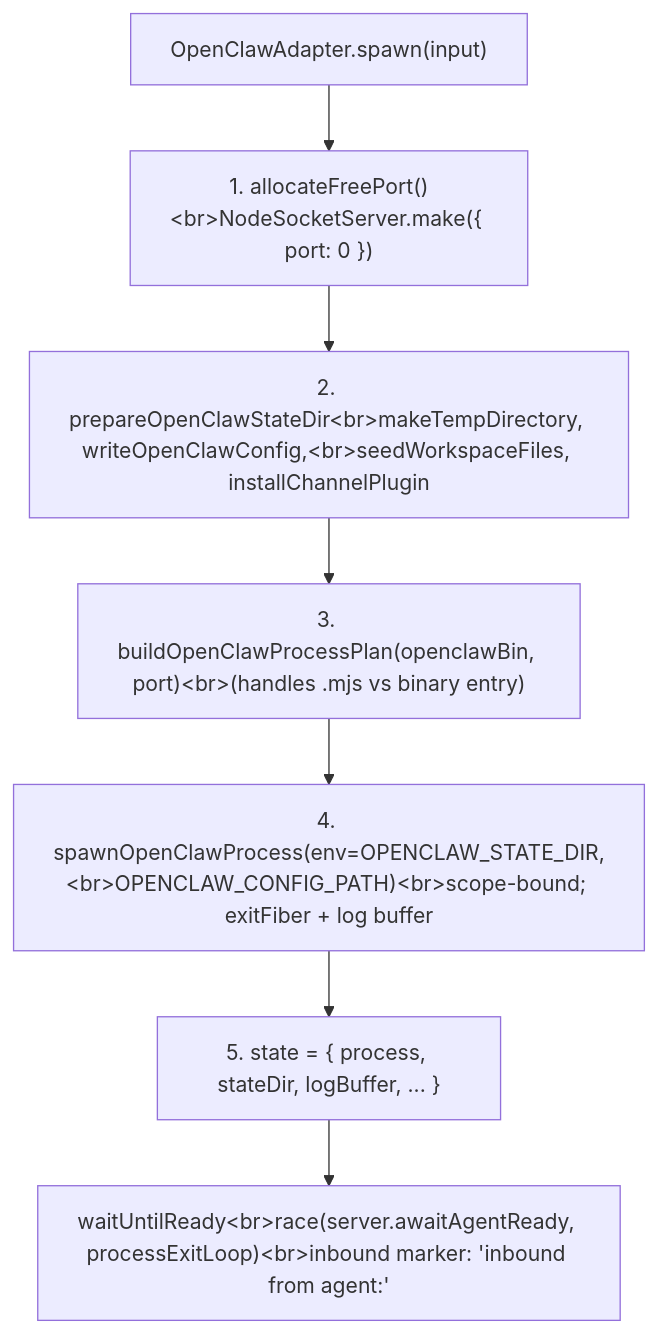
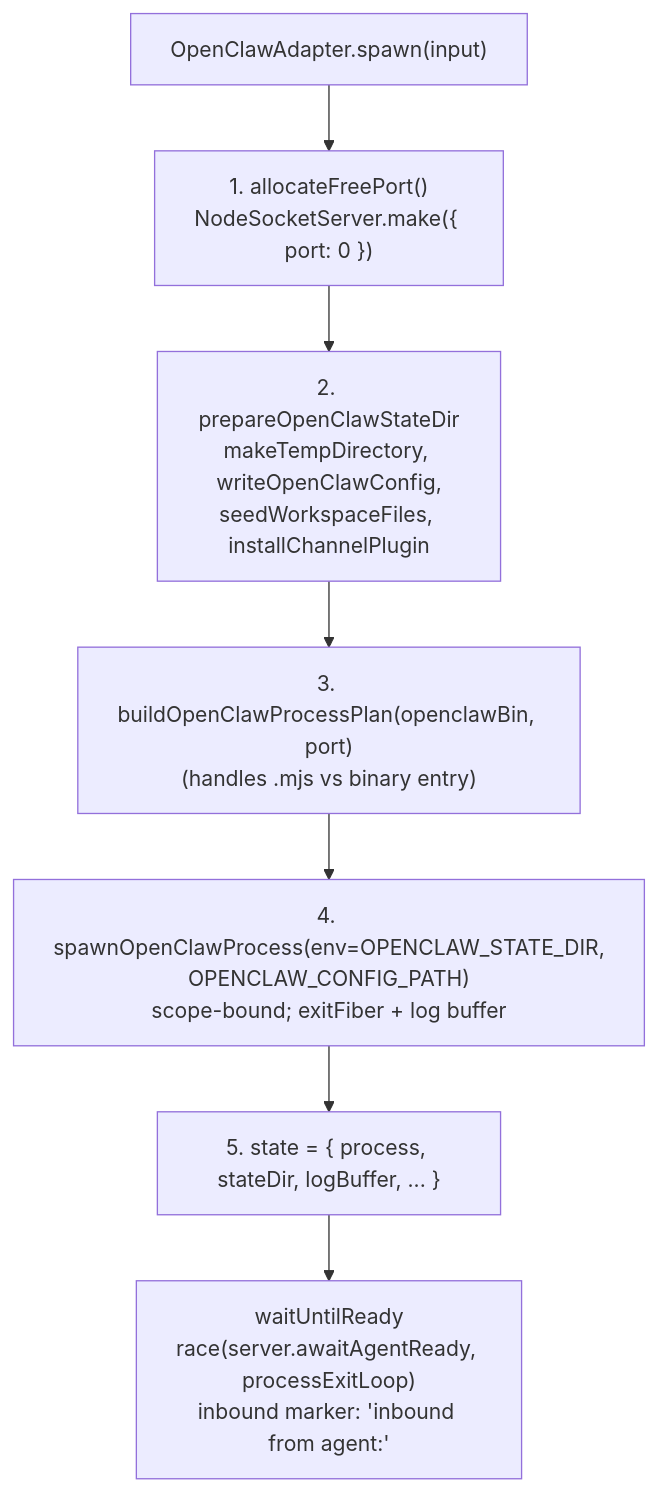
Before and after one commit to chughtapan/moltzap: the seventh of 8 diagrams in packages/runtimes/src/MODULE.md, drawn with Mermaid. The commit also changed other lines of this file and 33 other files, not shown here.

First line of the commit message:
docs(mermaid): use literal <br> in JSDoc sequence/state diagrams; drop dead inferConversationType test

````diff
--- a/packages/runtimes/src/MODULE.md
+++ b/packages/runtimes/src/MODULE.md
@@ -413,11 +413,11 @@
 ```mermaid
 flowchart TD
   OCS["OpenClawAdapter.spawn(input)"]
-  OC1["1. allocateFreePort()&lt;br>NodeSocketServer.make({ port: 0 })"]
-  OC2["2. prepareOpenClawStateDir&lt;br>makeTempDirectory, writeOpenClawConfig,&lt;br>seedWorkspaceFiles, installChannelPlugin"]
-  OC3["3. buildOpenClawProcessPlan(openclawBin, port)&lt;br>(handles .mjs vs binary entry)"]
-  OC4["4. spawnOpenClawProcess(env=OPENCLAW_STATE_DIR,&lt;br>OPENCLAW_CONFIG_PATH)&lt;br>scope-bound; exitFiber + log buffer"]
+  OC1["1. allocateFreePort()<br>NodeSocketServer.make({ port: 0 })"]
+  OC2["2. prepareOpenClawStateDir<br>makeTempDirectory, writeOpenClawConfig,<br>seedWorkspaceFiles, installChannelPlugin"]
+  OC3["3. buildOpenClawProcessPlan(openclawBin, port)<br>(handles .mjs vs binary entry)"]
+  OC4["4. spawnOpenClawProcess(env=OPENCLAW_STATE_DIR,<br>OPENCLAW_CONFIG_PATH)<br>scope-bound; exitFiber + log buffer"]
   OC5["5. state = { process, stateDir, logBuffer, ... }"]
-  OCR["waitUntilReady&lt;br>race(server.awaitAgentReady, processExitLoop)&lt;br>inbound marker: 'inbound from agent:'"]
+  OCR["waitUntilReady<br>race(server.awaitAgentReady, processExitLoop)<br>inbound marker: 'inbound from agent:'"]
   OCS --> OC1 --> OC2 --> OC3 --> OC4 --> OC5 --> OCR
 ```
````
